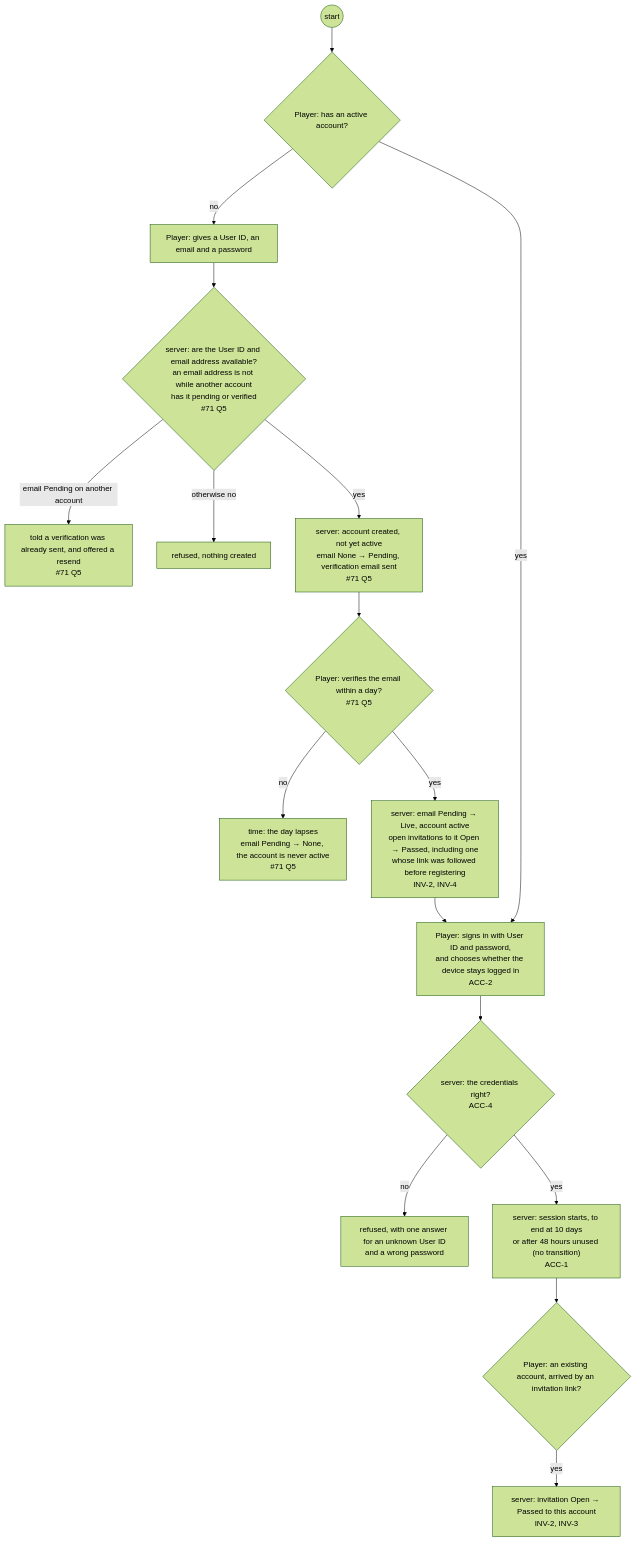
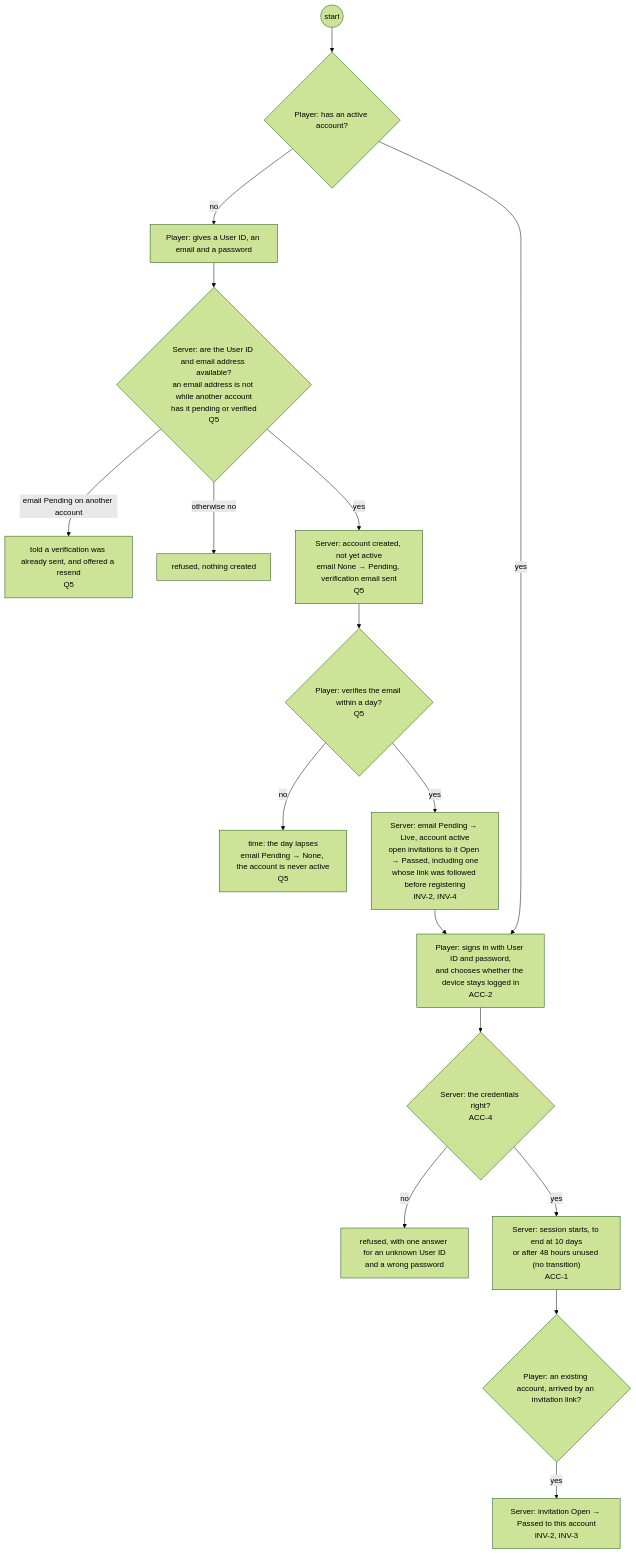
The third of 29 diagrams in docs/changes/workstreams/application-game-architecture/71-one-game-model/71-functional.md (delphside/programme), drawn with Mermaid (forest theme) before and after one commit. The commit also changed other lines of this file, not shown here.

First line of the commit message:
app 0.9.2 api 2.16: 71: questions get headings Q1 to Q15; Server capitalised as an actor

````diff
--- a/docs/changes/workstreams/application-game-architecture/71-one-game-model/71-functional.md
+++ b/docs/changes/workstreams/application-game-architecture/71-one-game-model/71-functional.md
@@ -102,19 +103,19 @@
 ```mermaid
 flowchart TD
   s0((start)) --> d0{"Player: has an active account?"}
   d0 -- no --> p1["Player: gives a User ID, an email and a password"]
-  p1 --> v2{"server: are the User ID and email address available?<br/>an email address is not while another account<br/>has it pending or verified<br/>#71 Q5"}
-  v2 -- "email Pending on another account" --> r4["told a verification was already sent, and offered a resend<br/>#71 Q5"]
+  p1 --> v2{"Server: are the User ID and email address available?<br/>an email address is not while another account<br/>has it pending or verified<br/>Q5"}
+  v2 -- "email Pending on another account" --> r4["told a verification was already sent, and offered a resend<br/>Q5"]
   v2 -- "otherwise no" --> r2["refused, nothing created"]
-  v2 -- yes --> t1["server: account created, not yet active<br/>email None → Pending, verification email sent<br/>#71 Q5"]
-  t1 --> d1{"Player: verifies the email within a day?<br/>#71 Q5"}
-  d1 -- no --> t2["time: the day lapses<br/>email Pending → None, the account is never active<br/>#71 Q5"]
-  d1 -- yes --> t3["server: email Pending → Live, account active<br/>open invitations to it Open → Passed, including one<br/>whose link was followed before registering<br/>INV-2, INV-4"]
+  v2 -- yes --> t1["Server: account created, not yet active<br/>email None → Pending, verification email sent<br/>Q5"]
+  t1 --> d1{"Player: verifies the email within a day?<br/>Q5"}
+  d1 -- no --> t2["time: the day lapses<br/>email Pending → None, the account is never active<br/>Q5"]
+  d1 -- yes --> t3["Server: email Pending → Live, account active<br/>open invitations to it Open → Passed, including one<br/>whose link was followed before registering<br/>INV-2, INV-4"]
   d0 -- yes --> p2["Player: signs in with User ID and password,<br/>and chooses whether the device stays logged in<br/>ACC-2"]
   t3 --> p2
-  p2 --> v3{"server: the credentials right?<br/>ACC-4"}
+  p2 --> v3{"Server: the credentials right?<br/>ACC-4"}
   v3 -- no --> r3["refused, with one answer for an unknown User ID<br/>and a wrong password"]
-  v3 -- yes --> t4["server: session starts, to end at 10 days<br/>or after 48 hours unused (no transition)<br/>ACC-1"]
+  v3 -- yes --> t4["Server: session starts, to end at 10 days<br/>or after 48 hours unused (no transition)<br/>ACC-1"]
   t4 --> d2{"Player: an existing account, arrived by an invitation link?"}
-  d2 -- yes --> t5["server: invitation Open → Passed to this account<br/>INV-2, INV-3"]
+  d2 -- yes --> t5["Server: invitation Open → Passed to this account<br/>INV-2, INV-3"]
 ```
````
